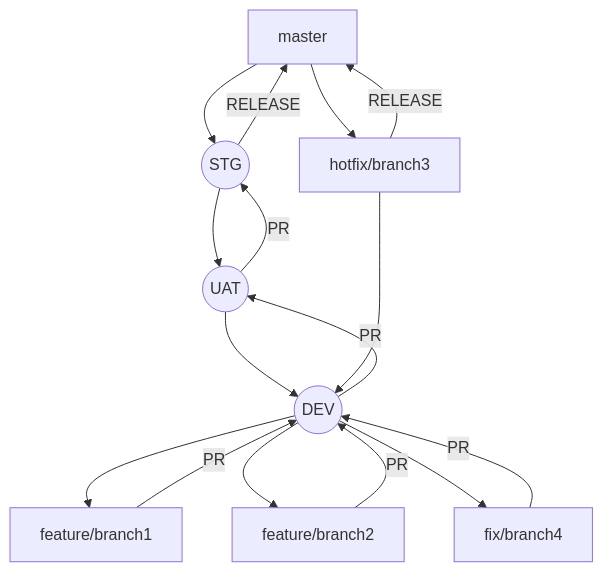
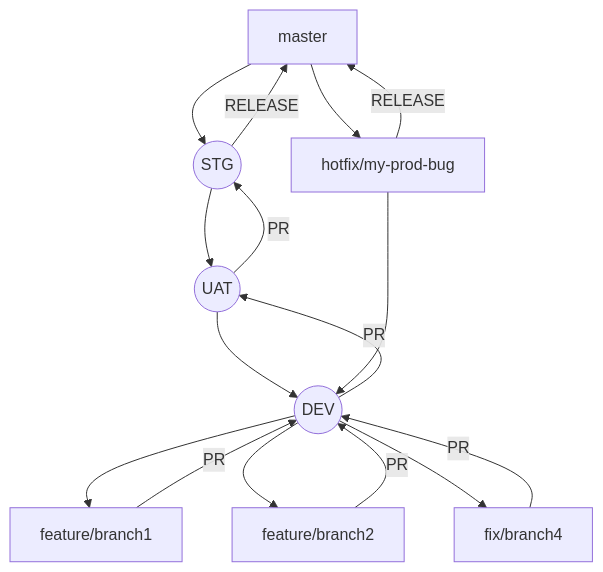
Before and after one commit to Tamimah-Research/documentation: the diagram in documentation.md, drawn with Mermaid. The commit also changed other lines of this file and 1 other file, not shown here.

````diff
--- a/documentation.md
+++ b/documentation.md
@@ -73,19 +99,19 @@
 ```mermaid
 graph TB
 A[ master]  --> B((STG))
 B --RELEASE--> A
 B --> C((UAT))
 C --PR--> B
 C --> D((DEV))
 D--PR--> C
 D --> E[feature/branch1]
 E -- PR --> D
 D --> F[feature/branch2]
 F -- PR --> D
-A --> G[hotfix/branch3]
+A --> G[hotfix/my-prod-bug]
 G --RELEASE--> A
 G --> D
 D --> H[fix/branch4]
 H--PR-->D
 
 ```
````
